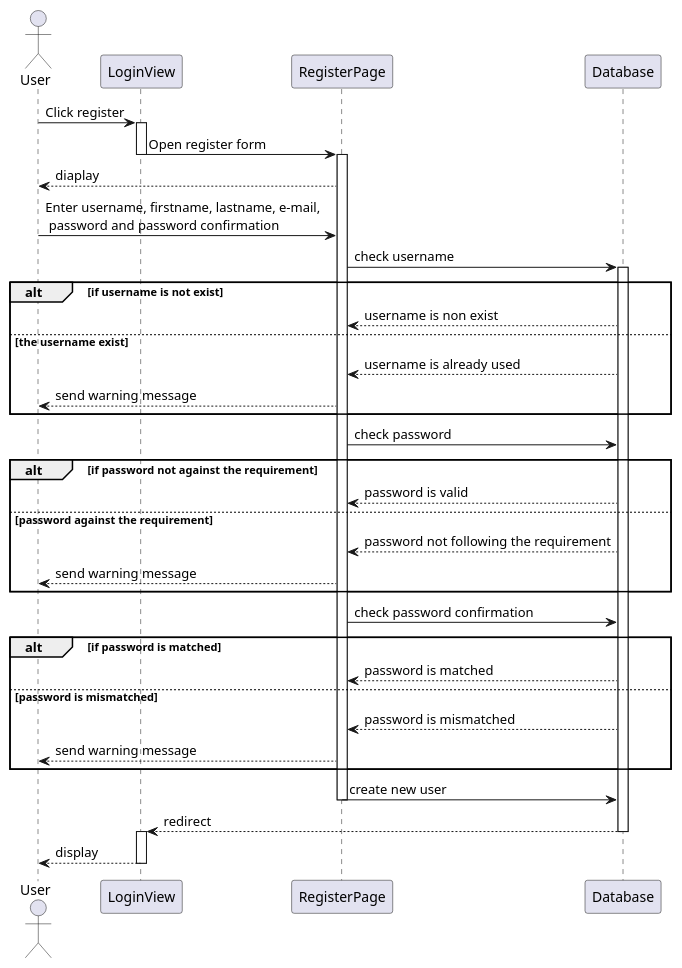
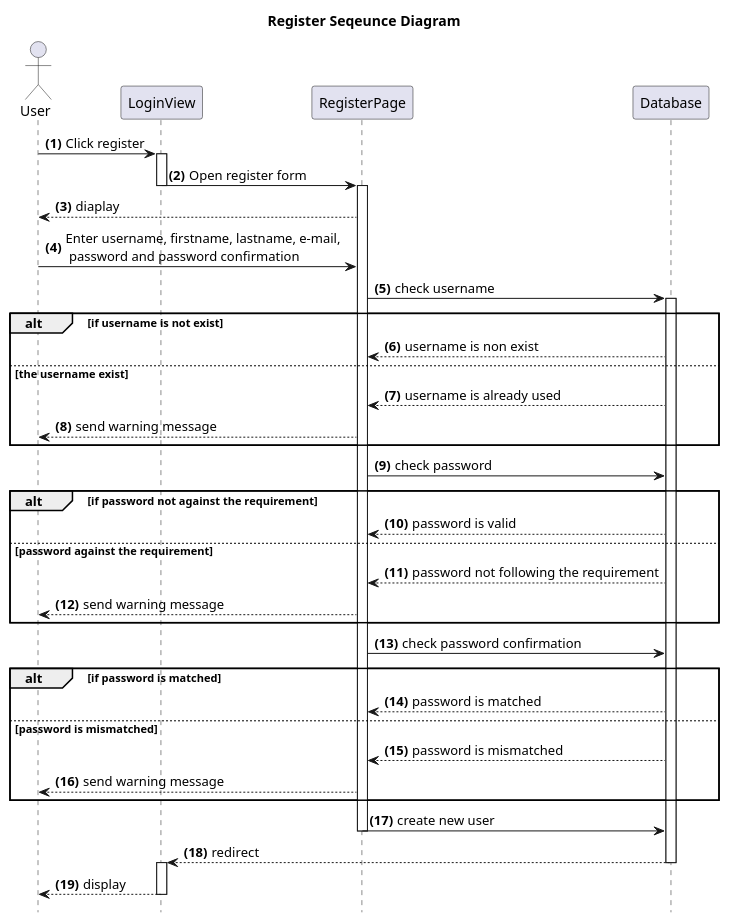
The diagram in documents/diagrams/src/web-client/register.wsd (Kritsanawipankhet/CE64-41), drawn with PlantUML before and after one commit. The commit also changed 11 other files, not shown here.

Commit message:
hide footbox

```diff
--- a/documents/diagrams/src/web-client/register.wsd
+++ b/documents/diagrams/src/web-client/register.wsd
@@ -1,39 +1,42 @@
 @startuml
+title **Register** Seqeunce Diagram
+hide footbox
 Actor User
+autonumber "<b>(0)"
 User -> LoginView : Click register
 activate LoginView
 LoginView -> RegisterPage : Open register form
 deactivate LoginView
 activate RegisterPage
 RegisterPage --> User : diaplay
 User -> RegisterPage : Enter username, firstname, lastname, e-mail,\n password and password confirmation
 RegisterPage -> Database : check username
 activate Database
 alt if username is not exist
 Database --> RegisterPage : username is non exist
 else the username exist
 Database --> RegisterPage : username is already used
 RegisterPage --> User : send warning message
 end
 RegisterPage -> Database : check password
 alt if password not against the requirement
 Database --> RegisterPage : password is valid
 else password against the requirement
 Database --> RegisterPage : password not following the requirement
 RegisterPage --> User : send warning message
 end
 RegisterPage -> Database : check password confirmation
 alt if password is matched
 Database --> RegisterPage : password is matched
 else password is mismatched
 Database --> RegisterPage : password is mismatched
 RegisterPage --> User : send warning message
 end
 RegisterPage -> Database : create new user
 deactivate RegisterPage
 Database --> LoginView : redirect
 deactivate Database
 activate LoginView
 LoginView --> User : display
 deactivate LoginView
 @enduml
```
